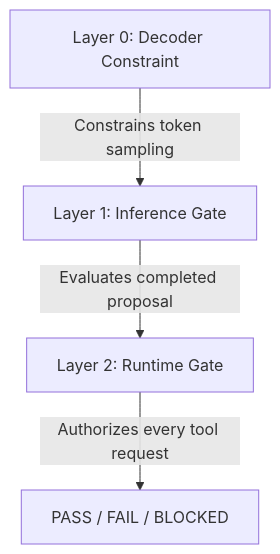
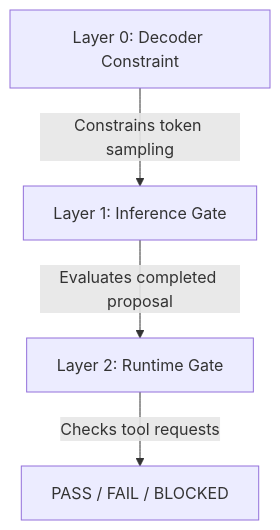
The second of 2 diagrams in README.md (Lvvphole/harness), drawn with Mermaid before and after one commit. The commit also changed other lines of this file and 7 other files, not shown here.

````diff
--- a/README.md
+++ b/README.md
@@ -129,9 +129,9 @@
 ```mermaid
 flowchart TB
     L0[Layer 0: Decoder Constraint]
     L1[Layer 1: Inference Gate]
     L2[Layer 2: Runtime Gate]
     L0 -->|Constrains token sampling| L1
     L1 -->|Evaluates completed proposal| L2
-    L2 -->|Authorizes every tool request| OUT[PASS / FAIL / BLOCKED]
+    L2 -->|Checks tool requests| OUT[PASS / FAIL / BLOCKED]
 ```
````
